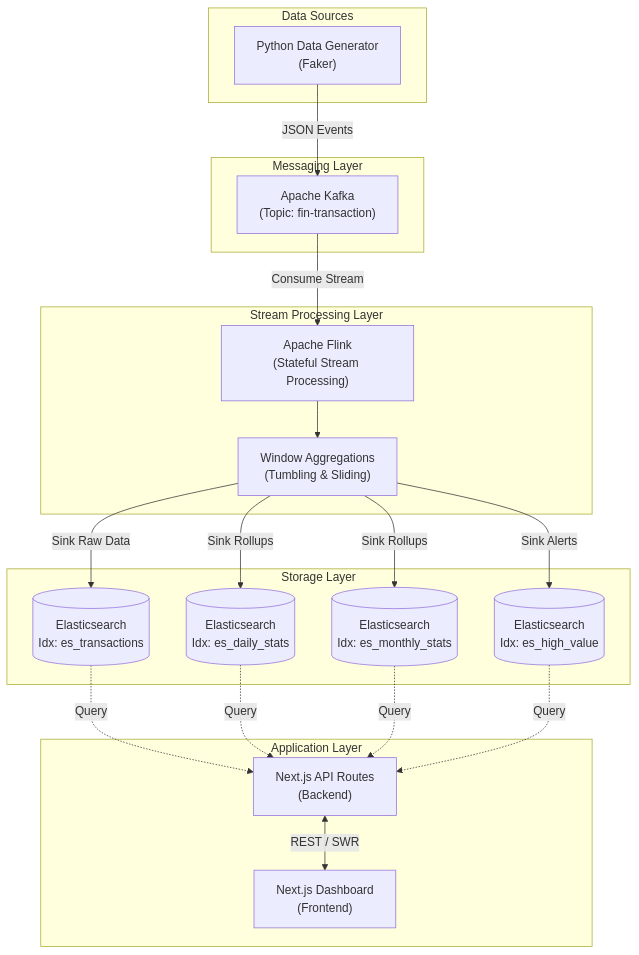
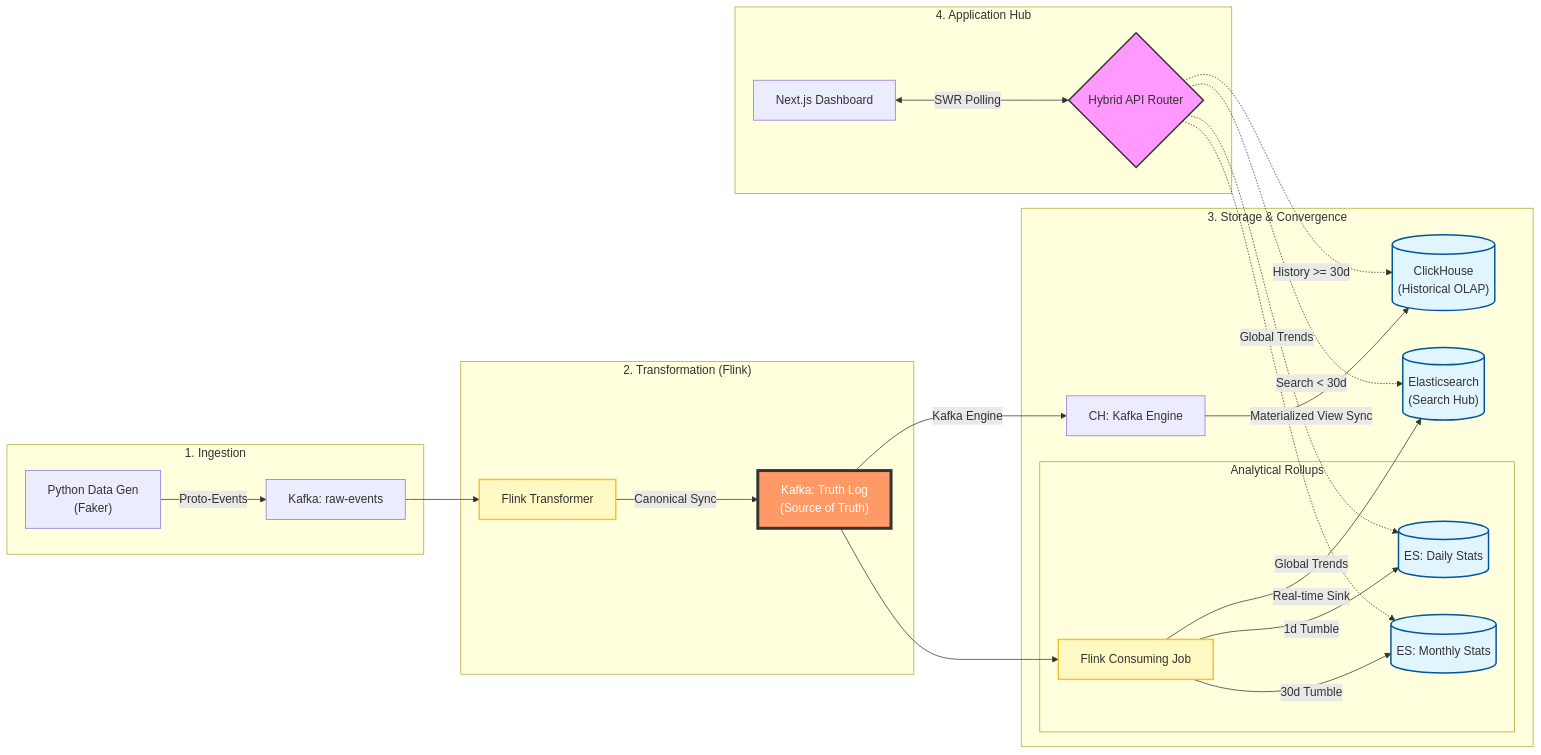
Before and after one commit to paudelsagar/finpulse: the diagram in README.md, drawn with Mermaid. The commit also changed other lines of this file and 11 other files, not shown here.

Commit message:
ClickHouse OLAP engine introduced for historical lookup

````diff
--- a/README.md
+++ b/README.md
@@ -25,42 +27,48 @@
 ```mermaid
-graph TD
-    subgraph "Data Sources"
-        DG["Python Data Generator<br/>(Faker)"]
+graph LR
+    subgraph "1. Ingestion"
+        DG["Python Data Gen<br/>(Faker)"] -->|Proto-Events| K1["Kafka: raw-events"]
     end
 
-    subgraph "Messaging Layer"
-        K["Apache Kafka<br/>(Topic: fin-transaction)"]
+    subgraph "2. Transformation (Flink)"
+        K1 --> F1["Flink Transformer"]
+        F1 -->|Canonical Sync| K2["Kafka: Truth Log<br/>(Source of Truth)"]
     end
 
-    subgraph "Stream Processing Layer"
-        F["Apache Flink<br/>(Stateful Stream Processing)"]
-        W["Window Aggregations<br/>(Tumbling & Sliding)"]
-        F --> W
+    subgraph "3. Storage & Convergence"
+        %% ClickHouse Path
+        K2 -->|Kafka Engine| CH_K["CH: Kafka Engine"]
+        CH_K -->|Materialized View Sync| CH_T[("ClickHouse<br/>(Historical OLAP)")]
+
+        %% ES Path
+        K2 --> F2["Flink Consuming Job"]
+        F2 -->|Real-time Sink| ES_R[("Elasticsearch<br/>(Search Hub)")]
+        
+        subgraph "Analytical Rollups"
+            F2 -->|1d Tumble| ES_D[("ES: Daily Stats")]
+            F2 -->|30d Tumble| ES_M[("ES: Monthly Stats")]
+        end
     end
 
-    subgraph "Storage Layer"
-        ES1[("Elasticsearch<br/>Idx: es_transactions")]
-        ES2[("Elasticsearch<br/>Idx: es_daily_stats")]
-        ES3[("Elasticsearch<br/>Idx: es_monthly_stats")]
-        ES4[("Elasticsearch<br/>Idx: es_high_value")]
+    subgraph "4. Application Hub"
+        API{"Hybrid API Router"}
+        UI["Next.js Dashboard"]
+
+        API -.->|History >= 30d| CH_T
+        API -.->|Search < 30d| ES_R
+        API -.->|Global Trends| ES_D & ES_M
+        
+        UI <-->|SWR Polling| API
     end
 
-    subgraph "Application Layer"
-        API["Next.js API Routes<br/>(Backend)"]
-        UI["Next.js Dashboard<br/>(Frontend)"]
-    end
+    %% Redesigned Styles
+    classDef Truth fill:#f96,stroke:#333,stroke-width:4px,color:#fff;
+    classDef Router fill:#f9f,stroke:#333,stroke-width:2px;
+    classDef Storage fill:#e1f5fe,stroke:#01579b,stroke-width:2px;
+    classDef Processor fill:#fff9c4,stroke:#fbc02d,stroke-width:2px;
 
-    DG -->|JSON Events| K
-    K -->|Consume Stream| F
-    W -->|Sink Raw Data| ES1
-    W -->|Sink Rollups| ES2
-    W -->|Sink Rollups| ES3
-    W -->|Sink Alerts| ES4
-    
-    ES1 -.->|Query| API
-    ES2 -.->|Query| API
-    ES3 -.->|Query| API
-    ES4 -.->|Query| API
-    
-    API <-->|REST / SWR| UI
+    class K2 Truth;
+    class API Router;
+    class CH_T,ES_R,ES_D,ES_M Storage;
+    class F1,F2 Processor;
 ```
````
